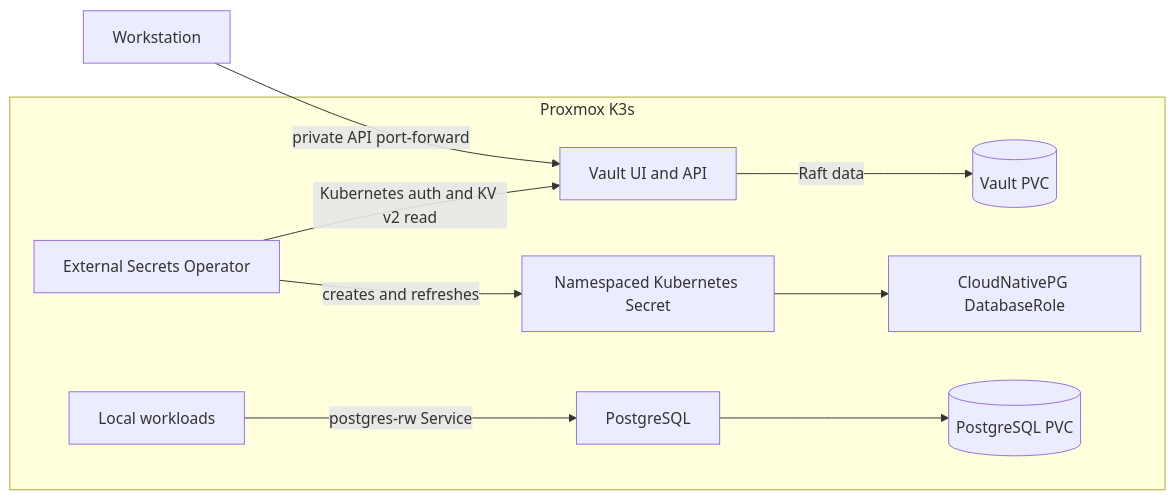
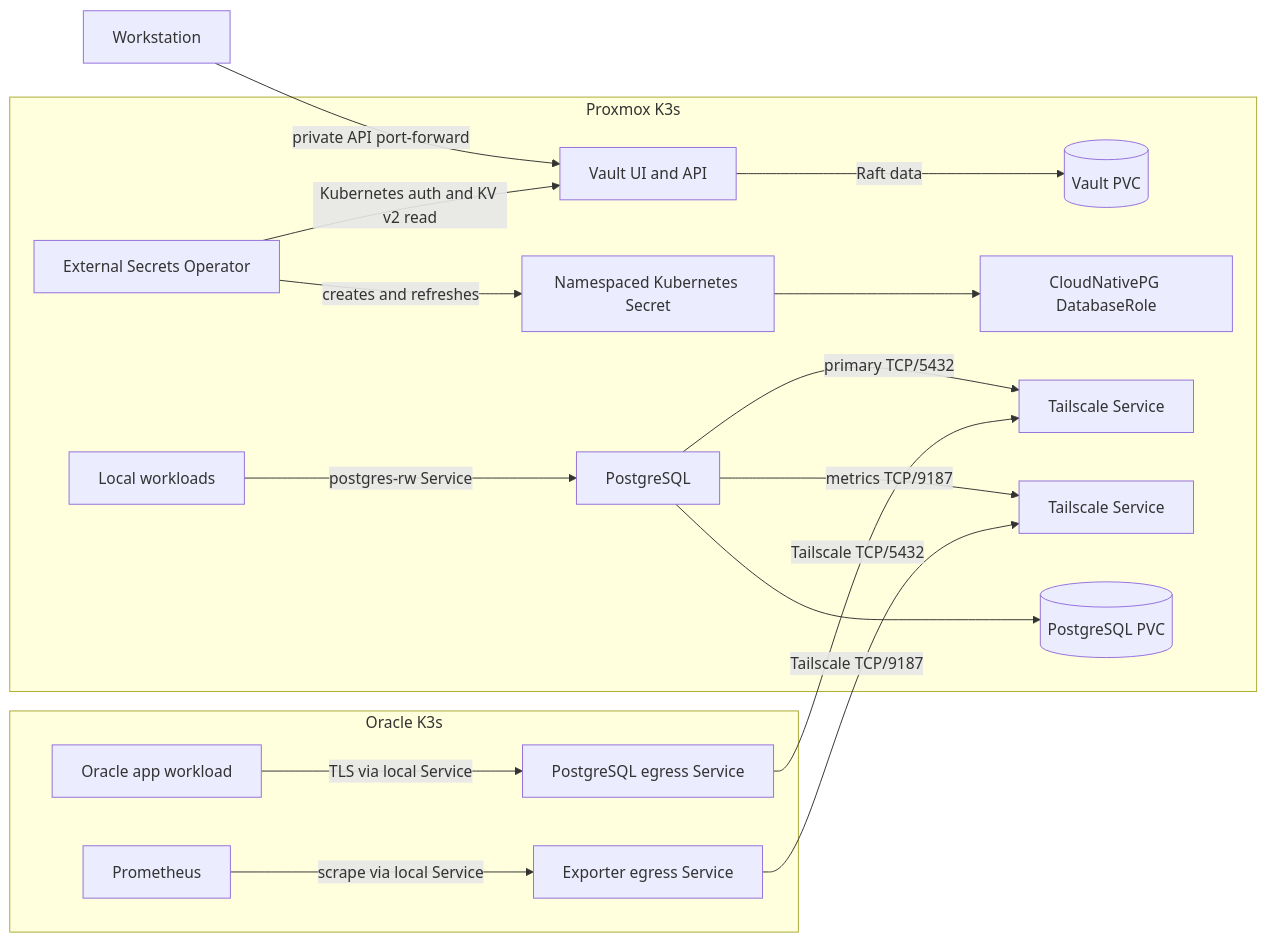
One commit to Disease-Prediction-ASET26/disease-prediction-gitops changed the diagram in docs/operations/proxmox-data-services.md. Above: the diagram before and after it, drawn with Mermaid. The commit also changed other lines of this file and 33 other files, not shown here.

````diff
--- a/docs/operations/proxmox-data-services.md
+++ b/docs/operations/proxmox-data-services.md
@@ -7,12 +9,20 @@
 ```mermaid
 flowchart LR
   operator[Workstation] -->|private API port-forward| vault[Vault UI and API]
   subgraph home[Proxmox K3s]
     eso[External Secrets Operator] -->|Kubernetes auth and KV v2 read| vault
     vault -->|Raft data| vaultDisk[(Vault PVC)]
     eso -->|creates and refreshes| secret[Namespaced Kubernetes Secret]
     secret --> role[CloudNativePG DatabaseRole]
     app[Local workloads] -->|postgres-rw Service| db[PostgreSQL]
+    db -->|primary TCP/5432| taildb[Tailscale Service]
+    db -->|metrics TCP/9187| tailmetrics[Tailscale Service]
     db --> dbDisk[(PostgreSQL PVC)]
   end
+  subgraph oracle[Oracle K3s]
+    oracleApp[Oracle app workload] -->|TLS via local Service| dbEgress[PostgreSQL egress Service]
+    prometheus[Prometheus] -->|scrape via local Service| metricsEgress[Exporter egress Service]
+  end
+  dbEgress -->|Tailscale TCP/5432| taildb
+  metricsEgress -->|Tailscale TCP/9187| tailmetrics
 ```
````
